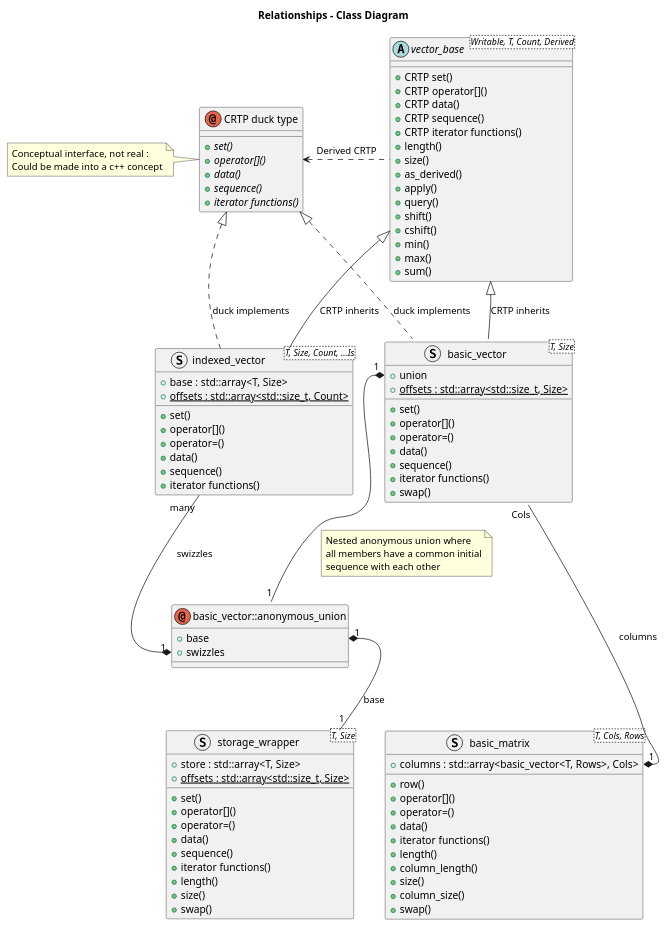
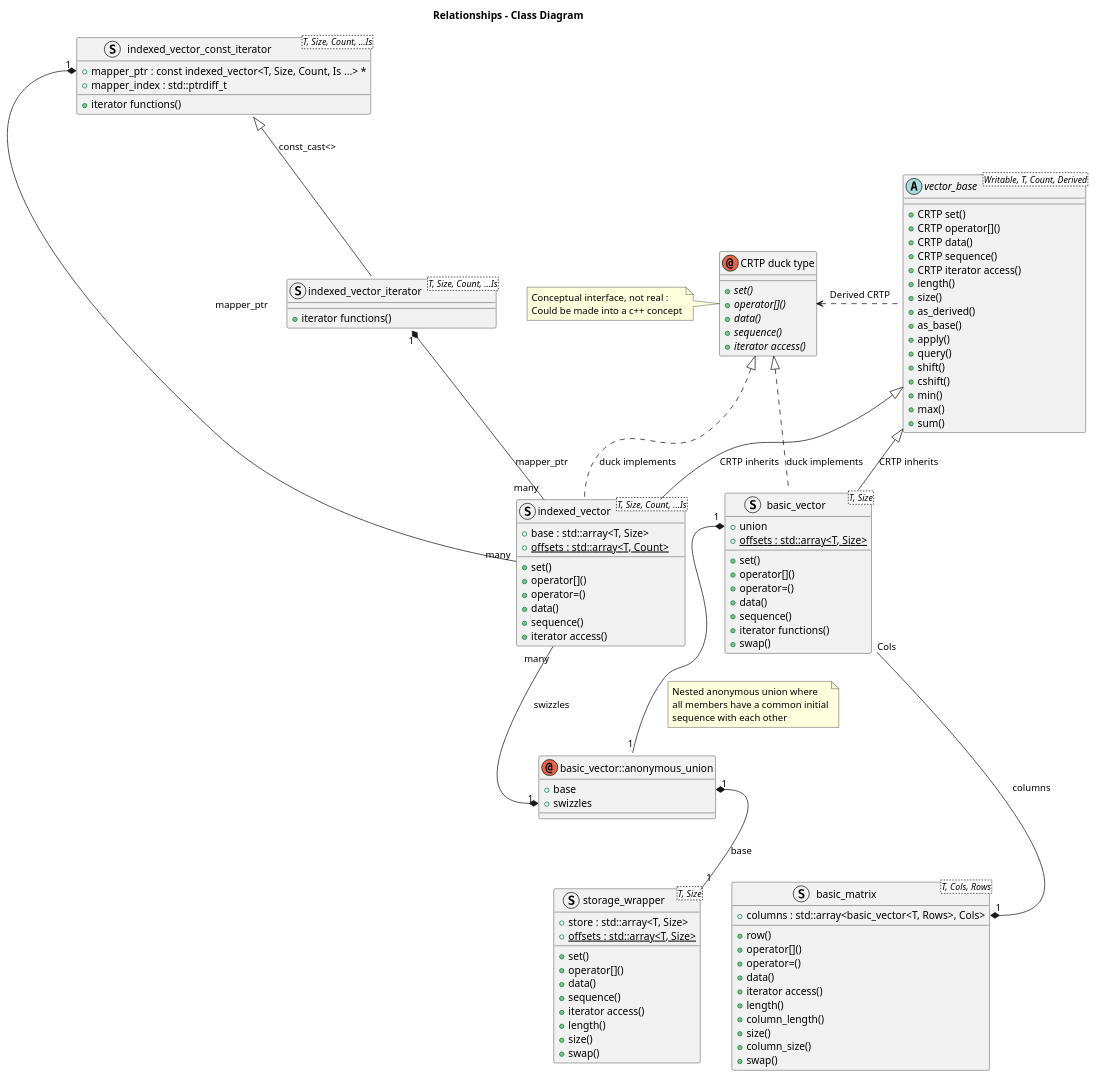
Before and after one commit to davidbrowne/dsga: the diagram in docs/dsga.puml, drawn with PlantUML. The commit also changed 15 other files, not shown here.

```diff
--- a/docs/dsga.puml
+++ b/docs/dsga.puml
@@ -1,106 +1,119 @@
 @startuml
 	'skin rose
 	title Relationships - Class Diagram
 	annotation "CRTP duck type"
 	{
 		+ {abstract} set()
 		+ {abstract} operator[]()
 		+ {abstract} data()
 		+ {abstract} sequence()
-		+ {abstract} iterator functions()
+		+ {abstract} iterator access()
 	}
 	note left of "CRTP duck type"
 		Conceptual interface, not real :
 		Could be made into a c++ concept
 	end note
 	abstract vector_base <Writable, T, Count, Derived>
 	{
 		+ CRTP set()
 		+ CRTP operator[]()
 		+ CRTP data()
 		+ CRTP sequence()
-		+ CRTP iterator functions()
+		+ CRTP iterator access()
 		+ length()
 		+ size()
 		+ as_derived()
+		+ as_base()
 		+ apply()
 		+ query()
 		+ shift()
 		+ cshift()
 		+ min()
 		+ max()
 		+ sum()
 	}
+	struct indexed_vector_const_iterator<T, Size, Count, ...Is>
+	{
+		+ mapper_ptr : const indexed_vector<T, Size, Count, Is ...> *
+		+ mapper_index : std::ptrdiff_t
+		+ iterator functions()
+	}
+	struct indexed_vector_iterator<T, Size, Count, ...Is>
+	{
+		+ iterator functions()
+	}
 	struct basic_vector<T, Size>
 	{
 		+ union
-		+ {static} offsets : std::array<std::size_t, Size>
+		+ {static} offsets : std::array<T, Size>
 		+ set()
 		+ operator[]()
 		+ operator=()
 		+ data()
 		+ sequence()
 		+ iterator functions()
 		+ swap()
 	}
 	annotation basic_vector::anonymous_union
 	{
 		+ base
 		+ swizzles
 	}
 	struct storage_wrapper<T, Size>
 	{
 		+ store : std::array<T, Size>
-		+ {static} offsets : std::array<std::size_t, Size>
+		+ {static} offsets : std::array<T, Size>
 		+ set()
 		+ operator[]()
-		+ operator=()
 		+ data()
 		+ sequence()
-		+ iterator functions()
+		+ iterator access()
 		+ length()
 		+ size()
 		+ swap()
 	}
 	struct indexed_vector<T, Size, Count, ...Is>
 	{
 		+ base : std::array<T, Size>
-		+ {static} offsets : std::array<std::size_t, Count>
+		+ {static} offsets : std::array<T, Count>
 		+ set()
 		+ operator[]()
 		+ operator=()
 		+ data()
 		+ sequence()
-		+ iterator functions()
+		+ iterator access()
 	}
 	struct basic_matrix<T, Cols, Rows>
 	{
 		+ columns : std::array<basic_vector<T, Rows>, Cols>
 		+ row()
 		+ operator[]()
 		+ operator=()
 		+ data()
-		+ iterator functions()
+		+ iterator access()
 		+ length()
 		+ column_length()
 		+ size()
 		+ column_size()
 		+ swap()
 	}
 	vector_base <|-- basic_vector: CRTP inherits
 	vector_base <|-- indexed_vector : CRTP inherits
+	indexed_vector_const_iterator <|-- indexed_vector_iterator : const_cast<>
 	"CRTP duck type" ^.. basic_vector : duck implements
 	"CRTP duck type" ^.. indexed_vector : duck implements
 	basic_vector::anonymous_union::base "1" *-- "1" storage_wrapper : base
 	basic_vector::anonymous_union::swizzles "1" *-- "many" indexed_vector : swizzles
 	basic_vector::union "1" *-- "1" basic_vector::anonymous_union
 	note right on link
 	  Nested anonymous union where
 	  all members have a common initial
 	  sequence with each other
 	end note
+	indexed_vector_const_iterator::mapper_ptr "1" *-- "many" indexed_vector : mapper_ptr
+	indexed_vector_iterator::mapper_ptr "1" *-- "many" indexed_vector : mapper_ptr
 	"CRTP duck type" <. vector_base : Derived CRTP
 	basic_matrix::columns "1" *-- "Cols" basic_vector : columns
 	basic_vector -[hidden]left- indexed_vector
 	storage_wrapper .[hidden]right. basic_matrix
 @enduml
```
